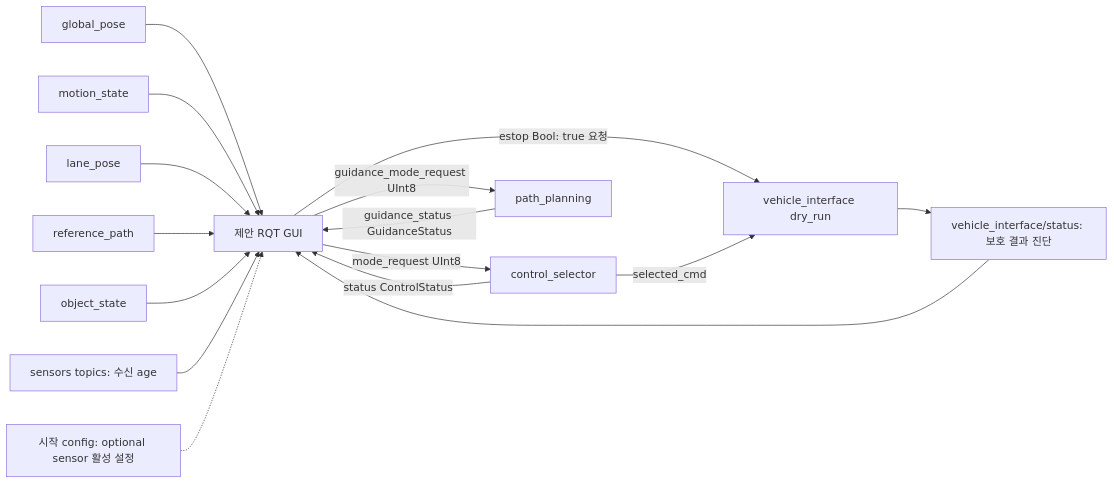
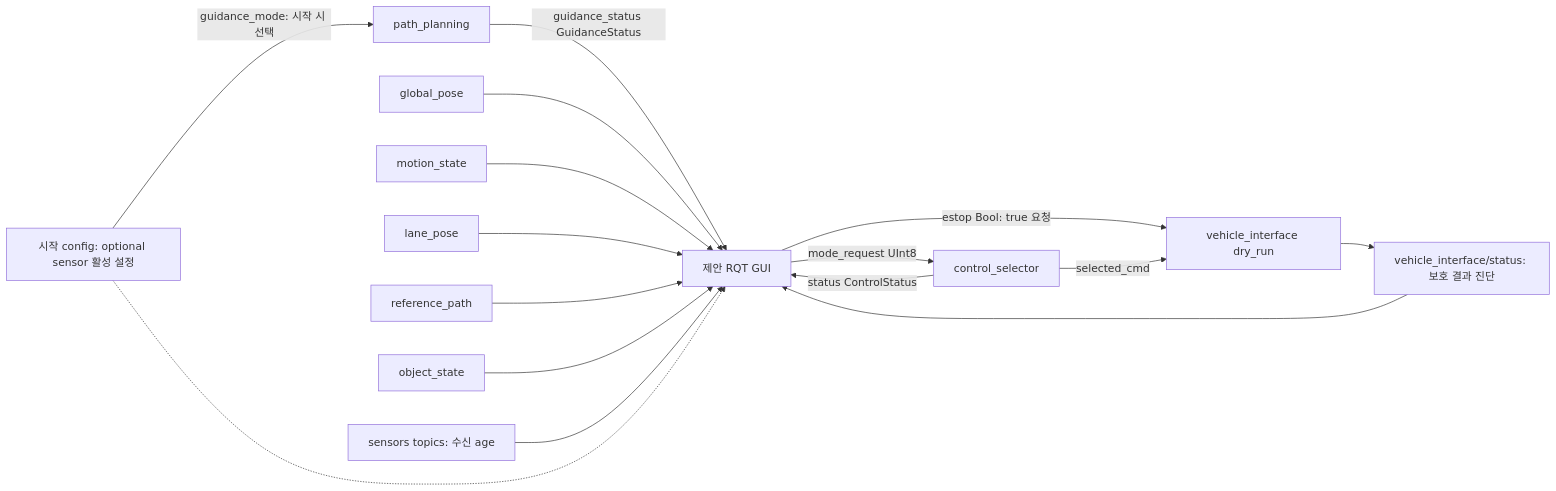
The fourth of 4 diagrams in doc/guidance_modes.md (planta223/control_manager), drawn with Mermaid before and after one commit. The commit also changed other lines of this file and 13 other files, not shown here.

Commit message:
path planning 구독토픽 삭제 및 config화

````diff
--- a/doc/guidance_modes.md
+++ b/doc/guidance_modes.md
@@ -179,18 +179,18 @@
 ```mermaid
 flowchart LR
   UI[제안 RQT GUI] -->|mode_request UInt8| CM[control_selector]
-  UI -->|guidance_mode_request UInt8| PP[path_planning]
+  CFG -->|guidance_mode: 시작 시 선택| PP[path_planning]
   PP -->|guidance_status GuidanceStatus| UI
   CM -->|status ControlStatus| UI
   GP[global_pose] --> UI
   MS[motion_state] --> UI
   LN[lane_pose] --> UI
   RP[reference_path] --> UI
   OS[object_state] --> UI
   VS[vehicle_interface/status: 보호 결과 진단] --> UI
   RX[sensors topics: 수신 age] --> UI
   CFG[시작 config: optional sensor 활성 설정] -.-> UI
   UI -->|estop Bool: true 요청| VI[vehicle_interface dry_run]
   CM -->|selected_cmd| VI
   VI --> VS
 ```
````
